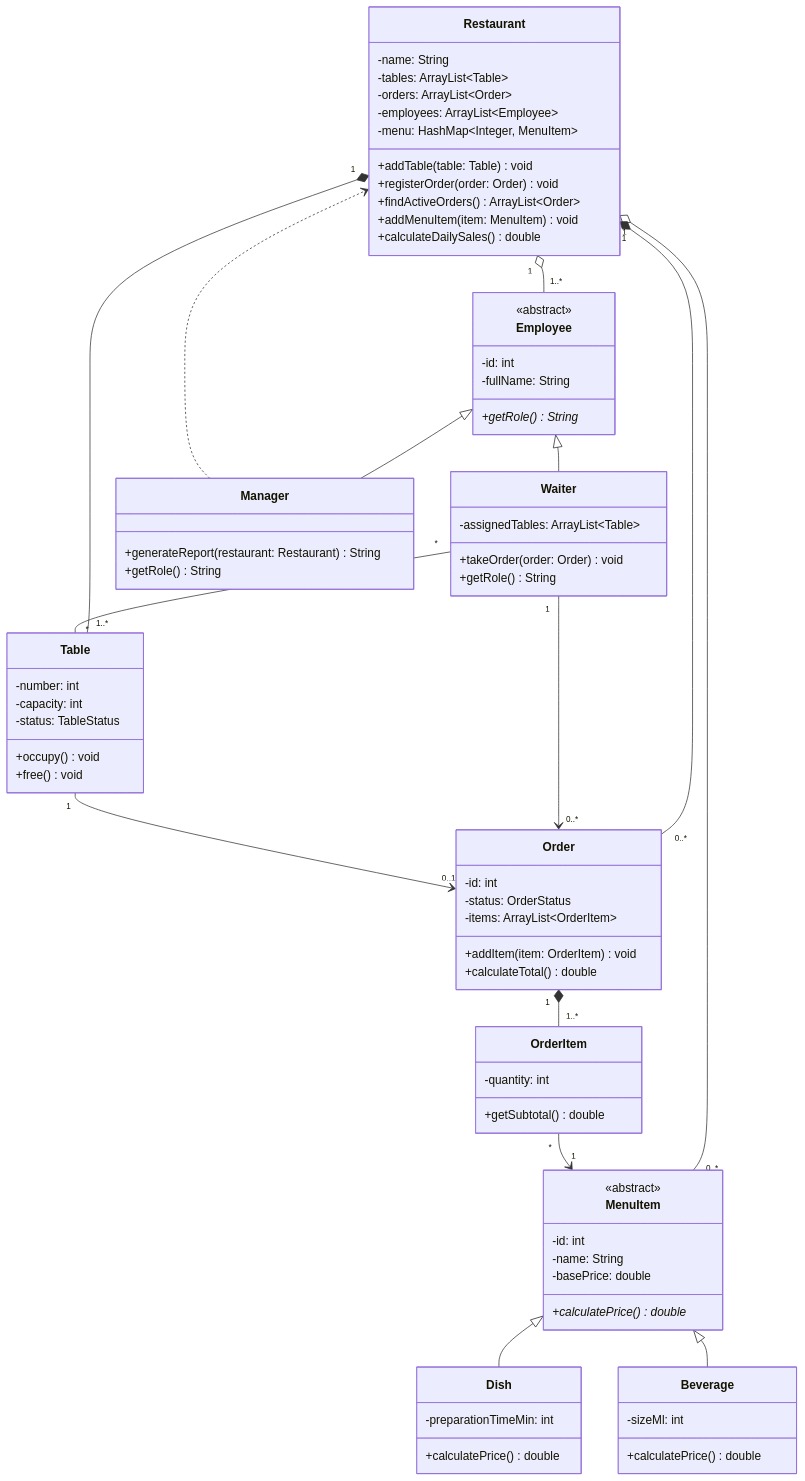
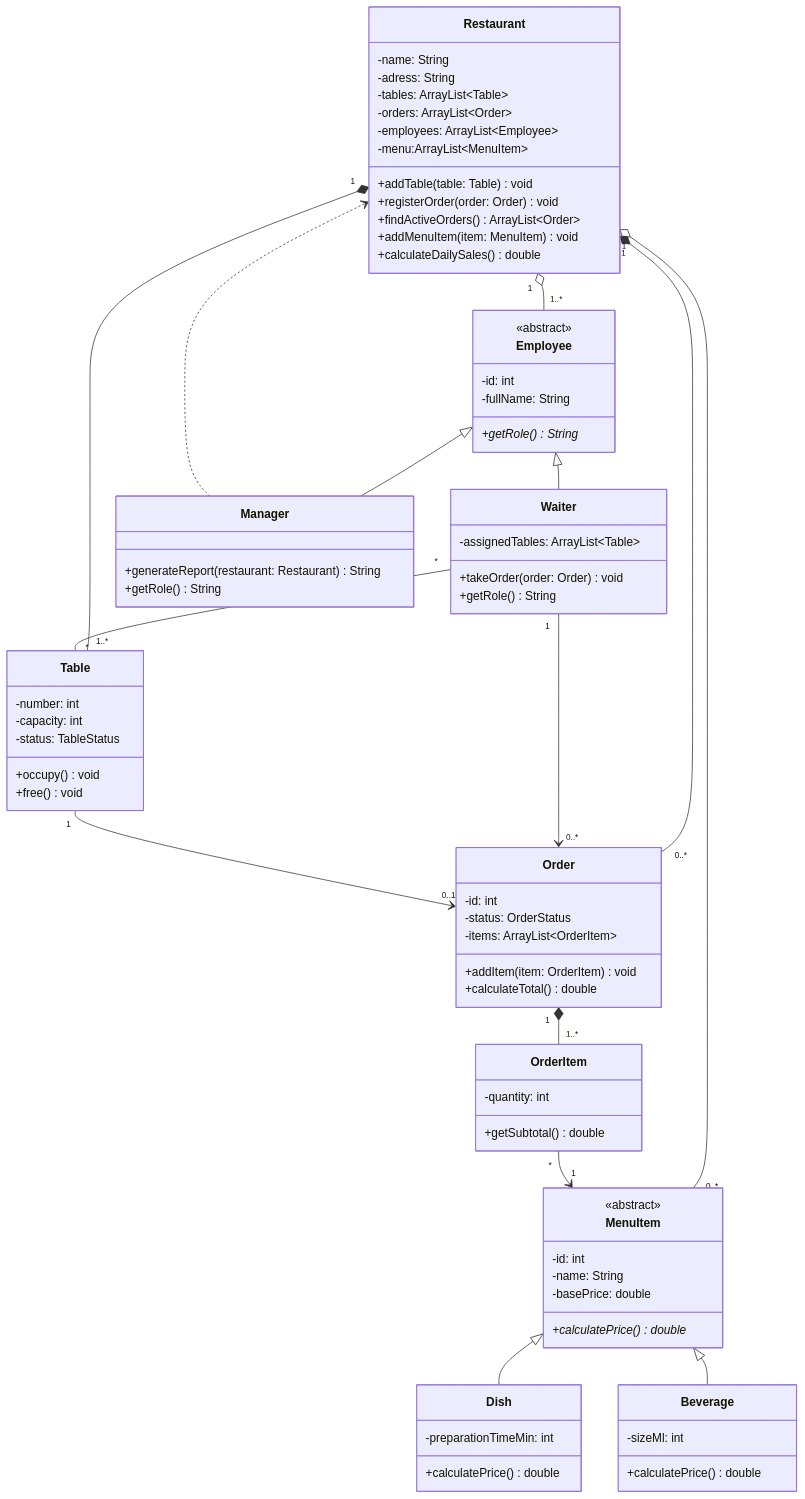
The diagram in README.md (estebangonzalez69632-create/POO_FinalProject_Gonzalez_Arias), drawn with Mermaid before and after one commit.

```diff
--- a/README.md
+++ b/README.md
@@ -16,10 +16,11 @@
 
     class Restaurant {
         -name: String
+        -adress: String
         -tables: ArrayList~Table~
         -orders: ArrayList~Order~
         -employees: ArrayList~Employee~
-        -menu: HashMap~Integer, MenuItem~
+        -menu:ArrayList~MenuItem~
         +addTable(table: Table) void
         +registerOrder(order: Order) void
         +findActiveOrders() ArrayList~Order~
```
